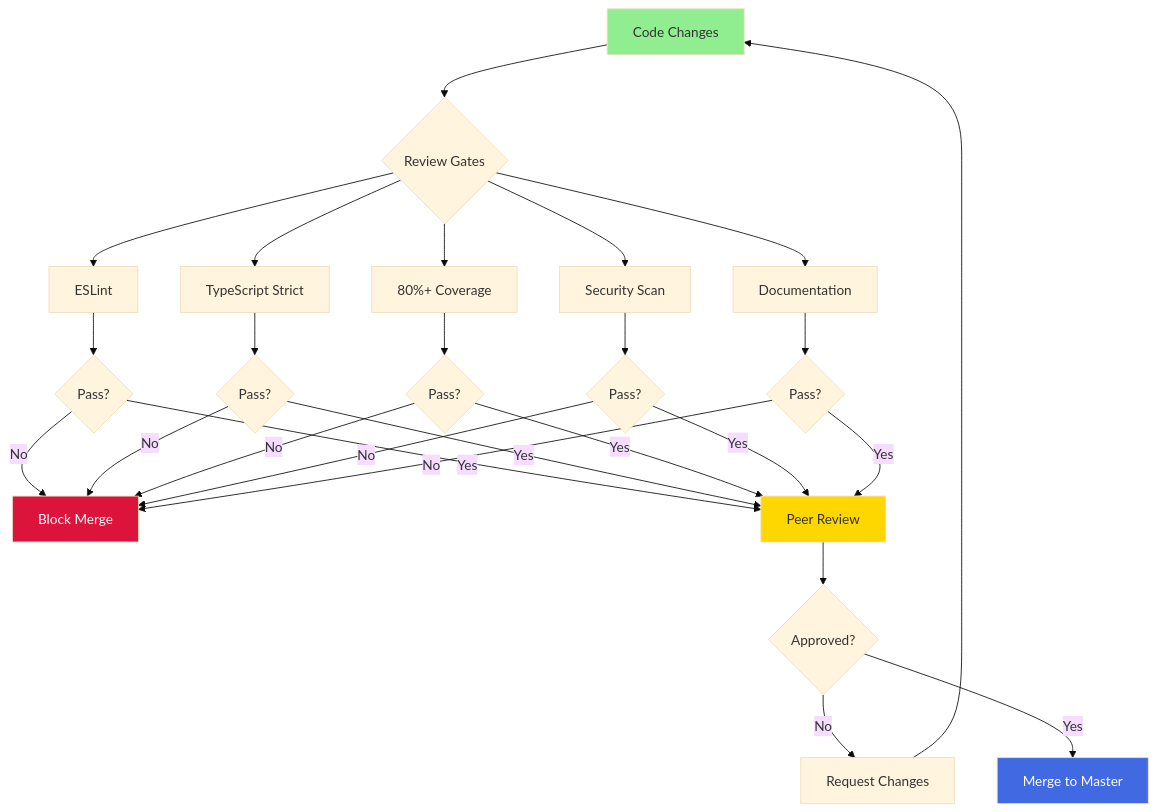
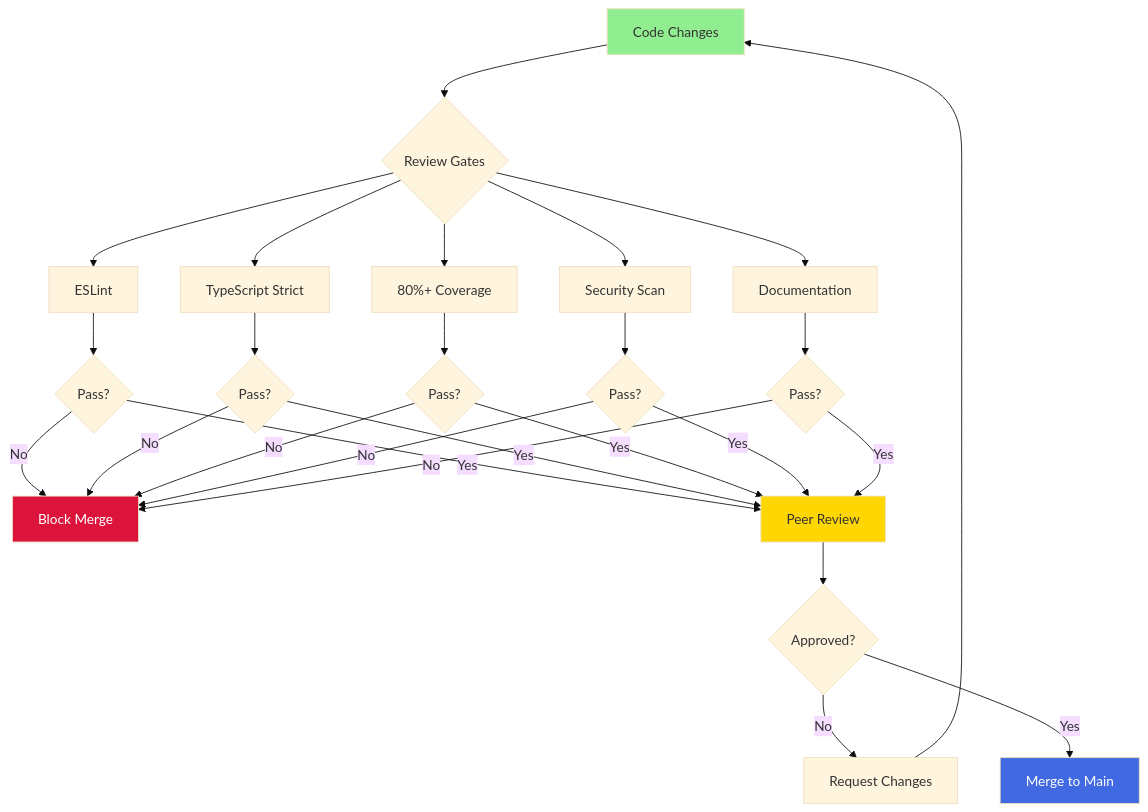
Before and after one commit to jagilber/vscode-service-fabric-diagnostic-extension: the fourth of 7 diagrams in docs/project/CONSTITUTION.md, drawn with Mermaid (base theme). The commit also changed 7 other files, not shown here.

First line of the commit message:
refactor: Rename default branch from master to main

````diff
--- a/docs/project/CONSTITUTION.md
+++ b/docs/project/CONSTITUTION.md
@@ -138,38 +138,38 @@
 ```mermaid
 flowchart TD
     Code[Code Changes] --> Review{Review Gates}
     
     Review --> Lint[ESLint]
     Review --> Types[TypeScript Strict]
     Review --> Tests[80%+ Coverage]
     Review --> Security[Security Scan]
     Review --> Docs[Documentation]
     
     Lint --> LintPass{Pass?}
     Types --> TypesPass{Pass?}
     Tests --> TestPass{Pass?}
     Security --> SecPass{Pass?}
     Docs --> DocsPass{Pass?}
     
     LintPass -->|No| Block[Block Merge]
     TypesPass -->|No| Block
     TestPass -->|No| Block
     SecPass -->|No| Block
     DocsPass -->|No| Block
     
     LintPass -->|Yes| PeerReview
     TypesPass -->|Yes| PeerReview
     TestPass -->|Yes| PeerReview
     SecPass -->|Yes| PeerReview
     DocsPass -->|Yes| PeerReview
     
     PeerReview[Peer Review] --> Approved{Approved?}
     Approved -->|No| Changes[Request Changes]
     Changes --> Code
-    Approved -->|Yes| Merge[Merge to Master]
+    Approved -->|Yes| Merge[Merge to Main]
     
     style Code fill:#90EE90
     style Merge fill:#4169E1,color:#fff
     style Block fill:#DC143C,color:#fff
     style PeerReview fill:#FFD700
 ```
````
